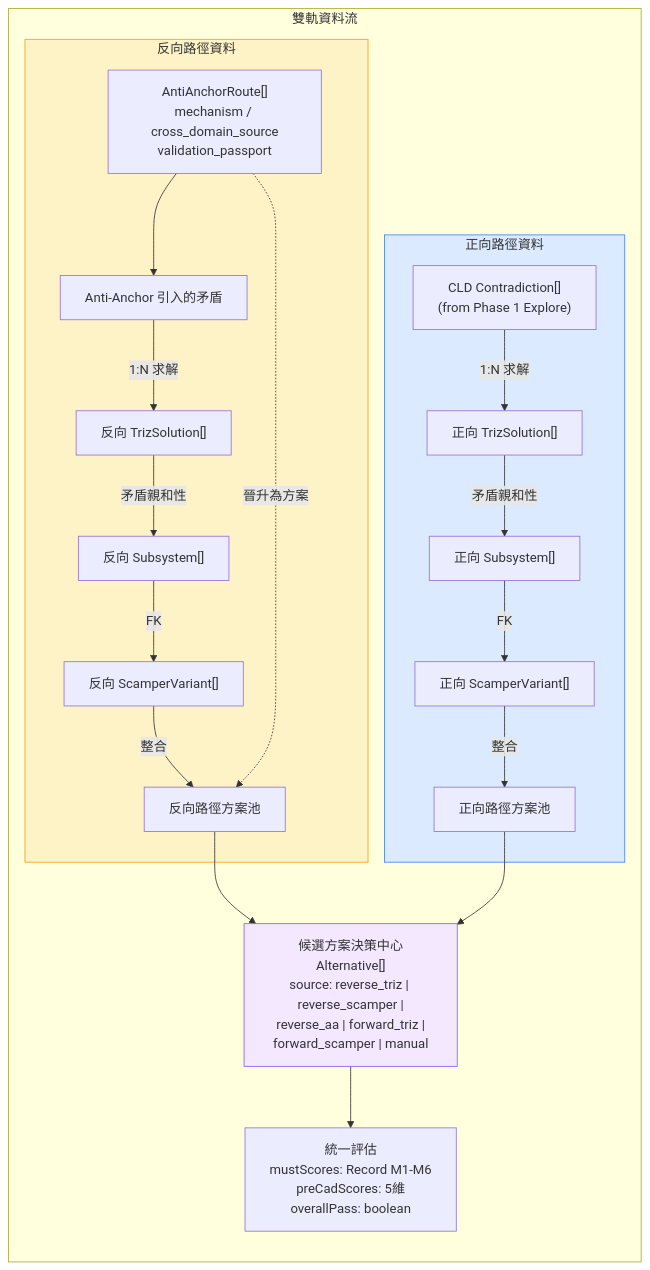
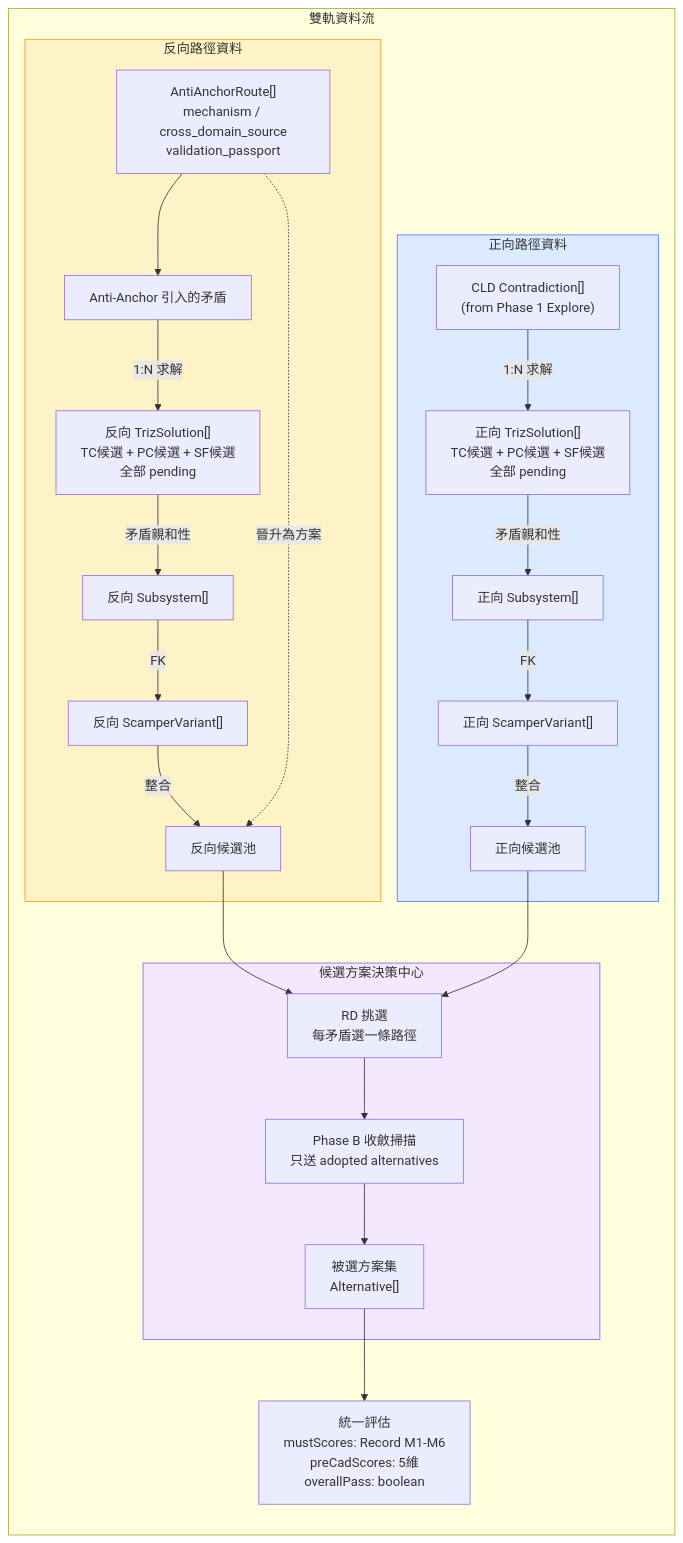
The fifth of 6 diagrams in docs/diagrams/triz-to-scamper-flow.md (JIA-HONG-CHU/design-copilot-blueprint), drawn with Mermaid before and after one commit. The commit also changed other lines of this file, not shown here.

First line of the commit message:
docs: v7 flow — production/selection separation, Phase A/B split

````diff
--- a/docs/diagrams/triz-to-scamper-flow.md
+++ b/docs/diagrams/triz-to-scamper-flow.md
@@ -193,41 +207,46 @@
 ```mermaid
 flowchart TB
     subgraph DUAL_TRACK["雙軌資料流"]
         direction TB
 
         subgraph REV_DATA["反向路徑資料"]
             AA["AntiAnchorRoute[]<br/>mechanism / cross_domain_source<br/>validation_passport"]
             R_EC["Anti-Anchor 引入的矛盾"]
-            R_TS["反向 TrizSolution[]"]
+            R_TS["反向 TrizSolution[]<br/>TC候選 + PC候選 + SF候選<br/>全部 pending"]
             R_SS["反向 Subsystem[]"]
             R_SV["反向 ScamperVariant[]"]
-            R_ALT["反向路徑方案池"]
+            R_POOL["反向候選池"]
             AA --> R_EC -->|"1:N 求解"| R_TS
             R_TS -->|"矛盾親和性"| R_SS
-            R_SS -->|"FK"| R_SV -->|"整合"| R_ALT
-            AA -.->|"晉升為方案"| R_ALT
+            R_SS -->|"FK"| R_SV -->|"整合"| R_POOL
+            AA -.->|"晉升為方案"| R_POOL
         end
 
         subgraph FWD_DATA["正向路徑資料"]
             F_EC["CLD Contradiction[]<br/>(from Phase 1 Explore)"]
-            F_TS["正向 TrizSolution[]"]
+            F_TS["正向 TrizSolution[]<br/>TC候選 + PC候選 + SF候選<br/>全部 pending"]
             F_SS["正向 Subsystem[]"]
             F_SV["正向 ScamperVariant[]"]
-            F_ALT["正向路徑方案池"]
+            F_POOL["正向候選池"]
             F_EC -->|"1:N 求解"| F_TS
             F_TS -->|"矛盾親和性"| F_SS
-            F_SS -->|"FK"| F_SV -->|"整合"| F_ALT
+            F_SS -->|"FK"| F_SV -->|"整合"| F_POOL
         end
 
-        HUB_DATA["候選方案決策中心<br/>Alternative[]<br/>source: reverse_triz | reverse_scamper |<br/>reverse_aa | forward_triz |<br/>forward_scamper | manual"]
-        R_ALT --> HUB_DATA
-        F_ALT --> HUB_DATA
+        subgraph HUB_DATA["候選方案決策中心"]
+            SELECT_DATA["RD 挑選<br/>每矛盾選一條路徑"]
+            PHASE_B_DATA["Phase B 收斂掃描<br/>只送 adopted alternatives"]
+            ADOPTED["被選方案集<br/>Alternative[]"]
+            SELECT_DATA --> PHASE_B_DATA --> ADOPTED
+        end
+        R_POOL --> SELECT_DATA
+        F_POOL --> SELECT_DATA
 
         EVAL["統一評估<br/>mustScores: Record M1-M6<br/>preCadScores: 5維<br/>overallPass: boolean"]
-        HUB_DATA --> EVAL
+        ADOPTED --> EVAL
     end
 
     style REV_DATA fill:#FEF3C7,stroke:#F59E0B
     style FWD_DATA fill:#DBEAFE,stroke:#3B82F6
     style HUB_DATA fill:#F3E8FF,stroke:#8B5CF6
 ```
````
